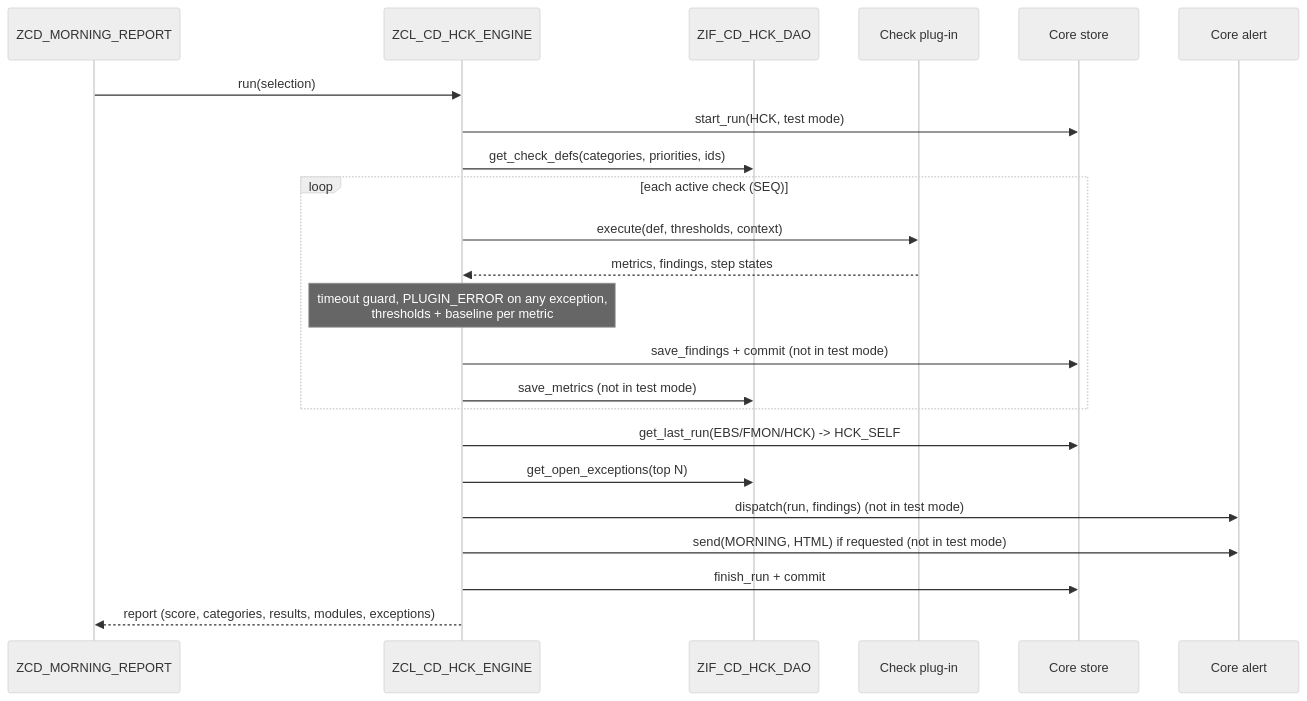
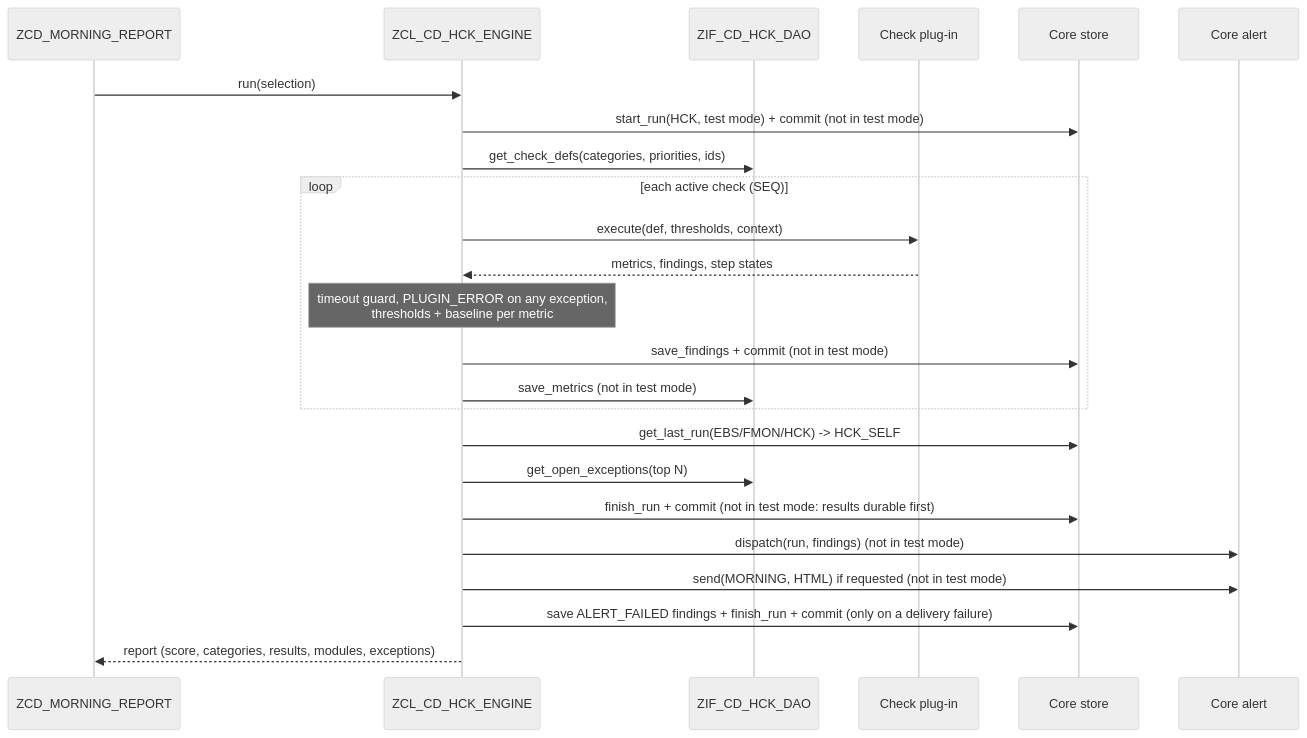
One commit to jaideep247/bai changed the second of 2 diagrams in ops-suite/docs/HCK_MORNING_REPORT.md. Above: the diagram before and after it, drawn with Mermaid (neutral theme). The commit also changed 20 other files, not shown here.

````diff
--- a/ops-suite/docs/HCK_MORNING_REPORT.md
+++ b/ops-suite/docs/HCK_MORNING_REPORT.md
@@ -189,25 +189,26 @@
 ```mermaid
 sequenceDiagram
   participant R as ZCD_MORNING_REPORT
   participant E as ZCL_CD_HCK_ENGINE
   participant D as ZIF_CD_HCK_DAO
   participant C as Check plug-in
   participant S as Core store
   participant A as Core alert
   R->>E: run(selection)
-  E->>S: start_run(HCK, test mode)
+  E->>S: start_run(HCK, test mode) + commit (not in test mode)
   E->>D: get_check_defs(categories, priorities, ids)
   loop each active check (SEQ)
     E->>C: execute(def, thresholds, context)
     C-->>E: metrics, findings, step states
     Note over E: timeout guard, PLUGIN_ERROR on any exception,<br/>thresholds + baseline per metric
     E->>S: save_findings + commit (not in test mode)
     E->>D: save_metrics (not in test mode)
   end
   E->>S: get_last_run(EBS/FMON/HCK) -> HCK_SELF
   E->>D: get_open_exceptions(top N)
+  E->>S: finish_run + commit (not in test mode: results durable first)
   E->>A: dispatch(run, findings) (not in test mode)
   E->>A: send(MORNING, HTML) if requested (not in test mode)
-  E->>S: finish_run + commit
+  E->>S: save ALERT_FAILED findings + finish_run + commit (only on a delivery failure)
   E-->>R: report (score, categories, results, modules, exceptions)
 ```
````
